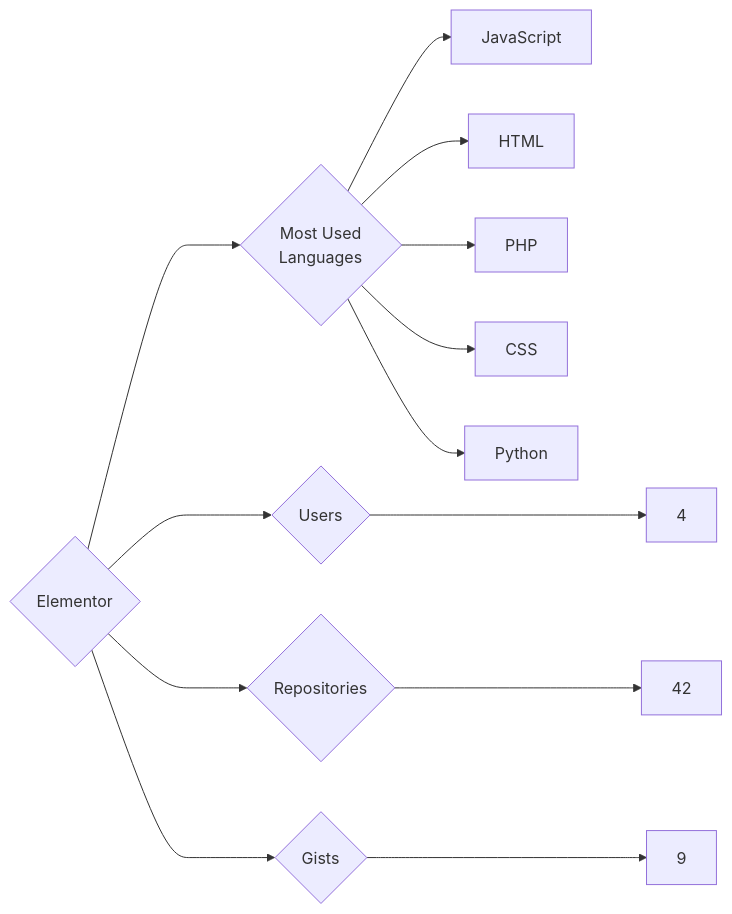
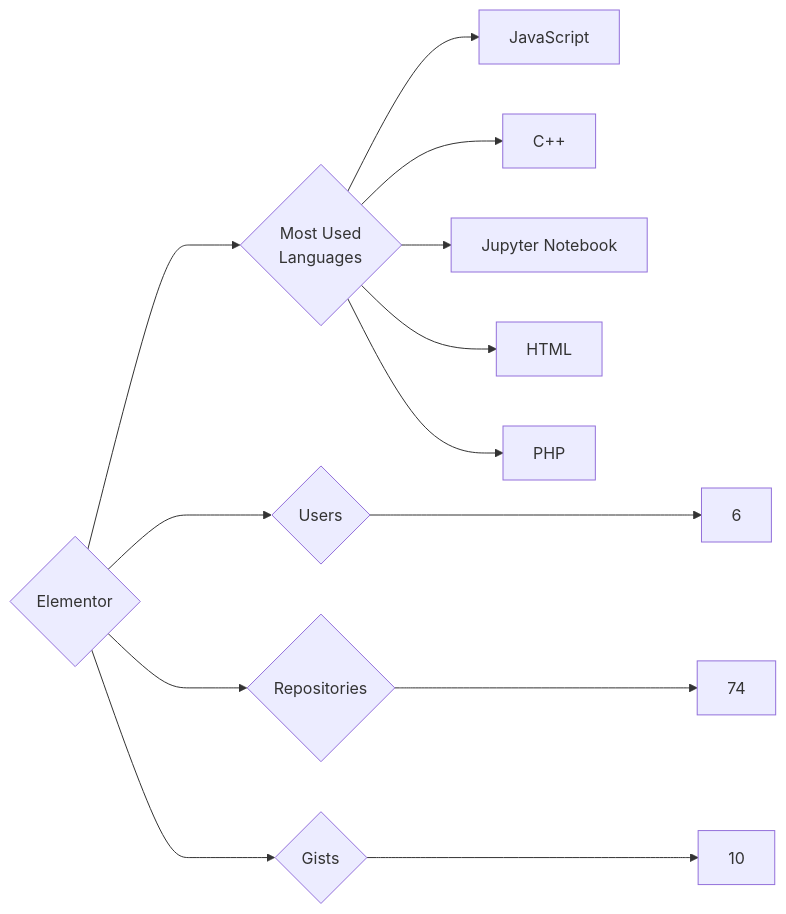
The diagram in targets/Elementor/README.md (trickest/insiders), drawn with Mermaid before and after one commit. The commit also changed 997 other files, not shown here.

````diff
--- a/targets/Elementor/README.md
+++ b/targets/Elementor/README.md
@@ -3,13 +3,13 @@
 ```mermaid
 graph LR
 COMPANY_NAME{Elementor}
-COMPANY_NAME ---> U{Users} ---> UN[4]
-COMPANY_NAME ---> R{Repositories} ---> RN[42]
-COMPANY_NAME ---> G{Gists} ---> GN[9]
+COMPANY_NAME ---> U{Users} ---> UN[6]
+COMPANY_NAME ---> R{Repositories} ---> RN[74]
+COMPANY_NAME ---> G{Gists} ---> GN[10]
 COMPANY_NAME ---> ML{Most Used<br>Languages}
 ML --> JavaScript[JavaScript]
+ML --> C++[C++]
+ML --> Jupyter_Notebook[Jupyter Notebook]
 ML --> HTML[HTML]
 ML --> PHP[PHP]
-ML --> CSS[CSS]
-ML --> Python[Python]
 ```
````
